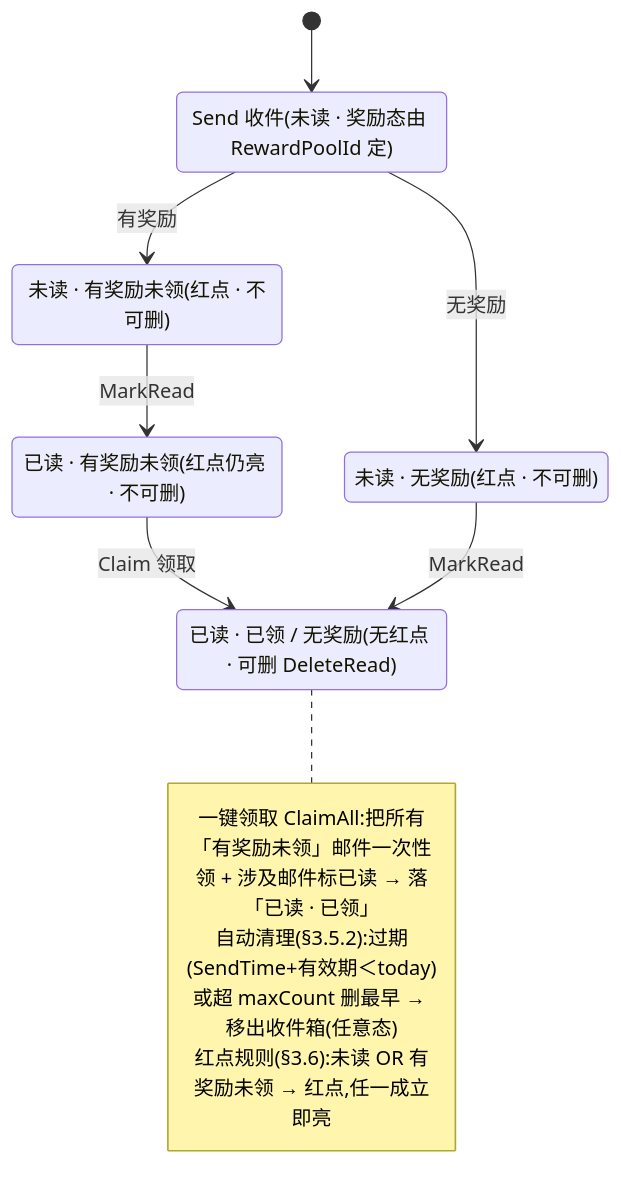
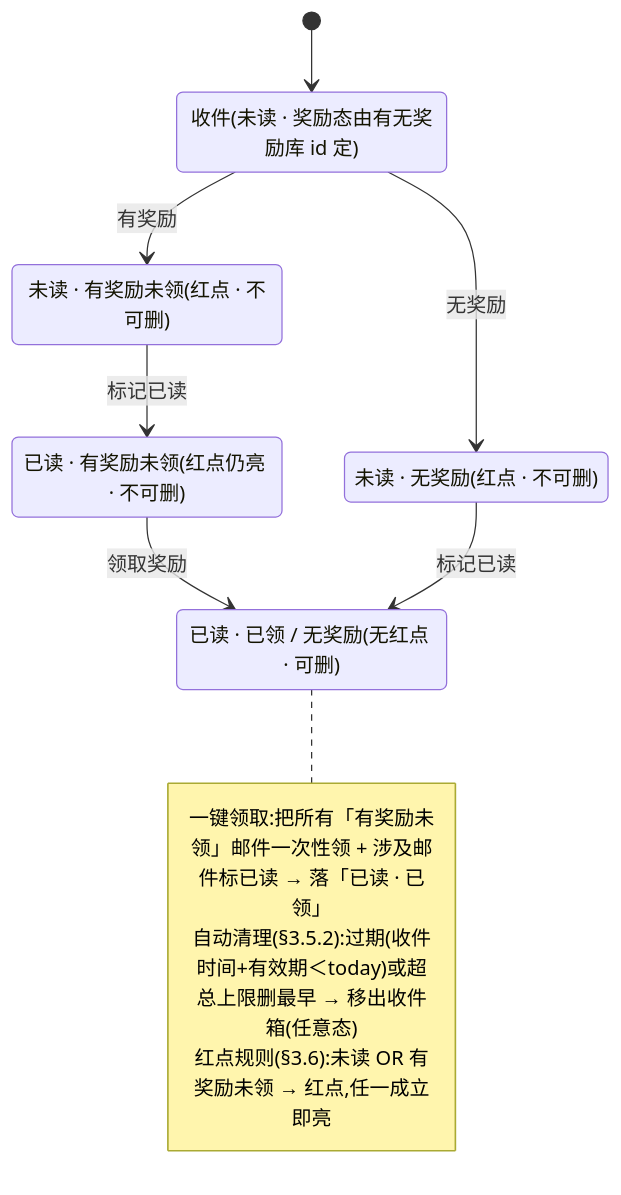
One commit to zhoupeng921101/TEngine_zp changed the first of 2 diagrams in UnityProject/design-docs/21-mail-system.md. Above: the diagram before and after it, drawn with Mermaid. The commit also changed other lines of this file and 20 other files, not shown here.

````diff
--- a/UnityProject/design-docs/21-mail-system.md
+++ b/UnityProject/design-docs/21-mail-system.md
@@ -70,19 +69,19 @@
 ```mermaid
 stateDiagram-v2
     [*] --> Send
-    Send : Send 收件(未读 · 奖励态由 RewardPoolId 定)
+    Send : 收件(未读 · 奖励态由有无奖励库 id 定)
     UnreadReward : 未读 · 有奖励未领(红点 · 不可删)
     ReadReward : 已读 · 有奖励未领(红点仍亮 · 不可删)
-    ReadDone : 已读 · 已领 / 无奖励(无红点 · 可删 DeleteRead)
+    ReadDone : 已读 · 已领 / 无奖励(无红点 · 可删)
     UnreadNone : 未读 · 无奖励(红点 · 不可删)
     Send --> UnreadReward: 有奖励
     Send --> UnreadNone: 无奖励
-    UnreadReward --> ReadReward: MarkRead
-    ReadReward --> ReadDone: Claim 领取
-    UnreadNone --> ReadDone: MarkRead
+    UnreadReward --> ReadReward: 标记已读
+    ReadReward --> ReadDone: 领取奖励
+    UnreadNone --> ReadDone: 标记已读
     note right of ReadDone
-        一键领取 ClaimAll:把所有「有奖励未领」邮件一次性领 + 涉及邮件标已读 → 落「已读 · 已领」
-        自动清理(§3.5.2):过期(SendTime+有效期＜today)或超 maxCount 删最早 → 移出收件箱(任意态)
+        一键领取:把所有「有奖励未领」邮件一次性领 + 涉及邮件标已读 → 落「已读 · 已领」
+        自动清理(§3.5.2):过期(收件时间+有效期＜today)或超总上限删最早 → 移出收件箱(任意态)
         红点规则(§3.6):未读 OR 有奖励未领 → 红点,任一成立即亮
     end note
 ```
````
